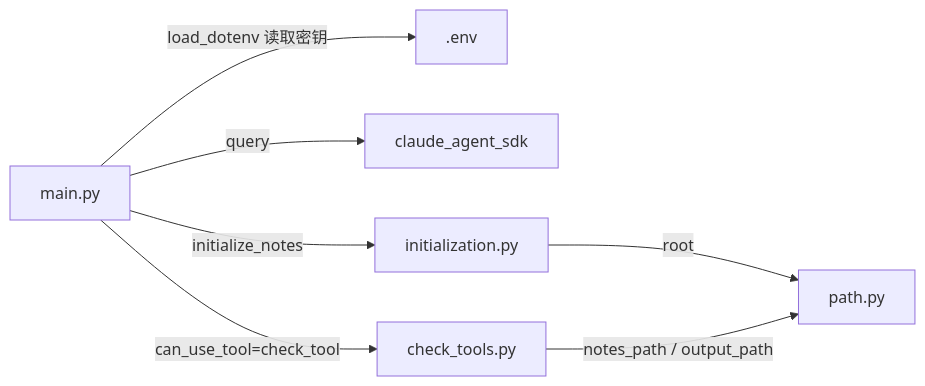
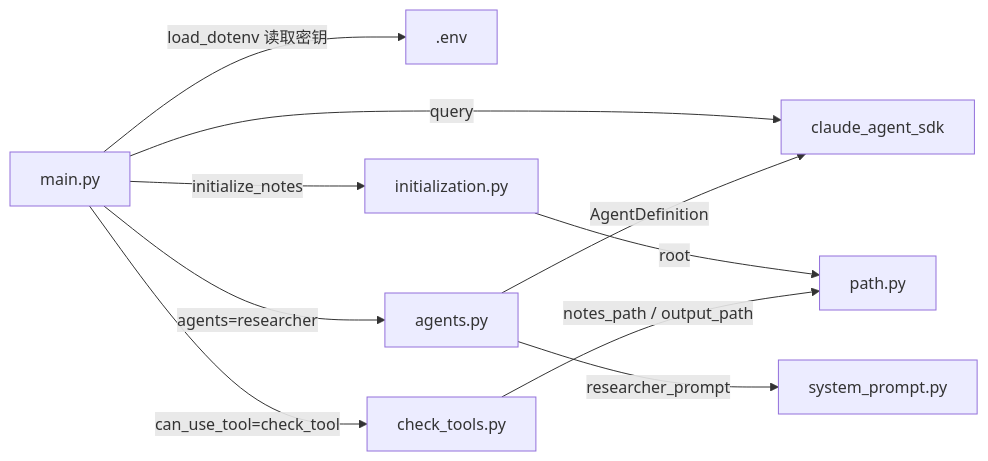
One commit to Andiey-126/ResearchAgent changed the diagram in _learning/project_tree.md. Above: the diagram before and after it, drawn with Mermaid. The commit also changed other lines of this file and 6 other files, not shown here.

````diff
--- a/_learning/project_tree.md
+++ b/_learning/project_tree.md
@@ -65,9 +68,12 @@
 ```mermaid
 graph LR
     main["main.py"] -->|load_dotenv 读取密钥| env[".env"]
     main -->|query| sdk["claude_agent_sdk"]
     main -->|initialize_notes| init["initialization.py"]
     init -->|root| path["path.py"]
     main -->|can_use_tool=check_tool| check["check_tools.py"]
+    main -->|agents=researcher| agents["agents.py"]
+    agents -->|AgentDefinition| sdk
+    agents -->|researcher_prompt| sp["system_prompt.py"]
     check -->|notes_path / output_path| path["path.py"]
 ```
````
